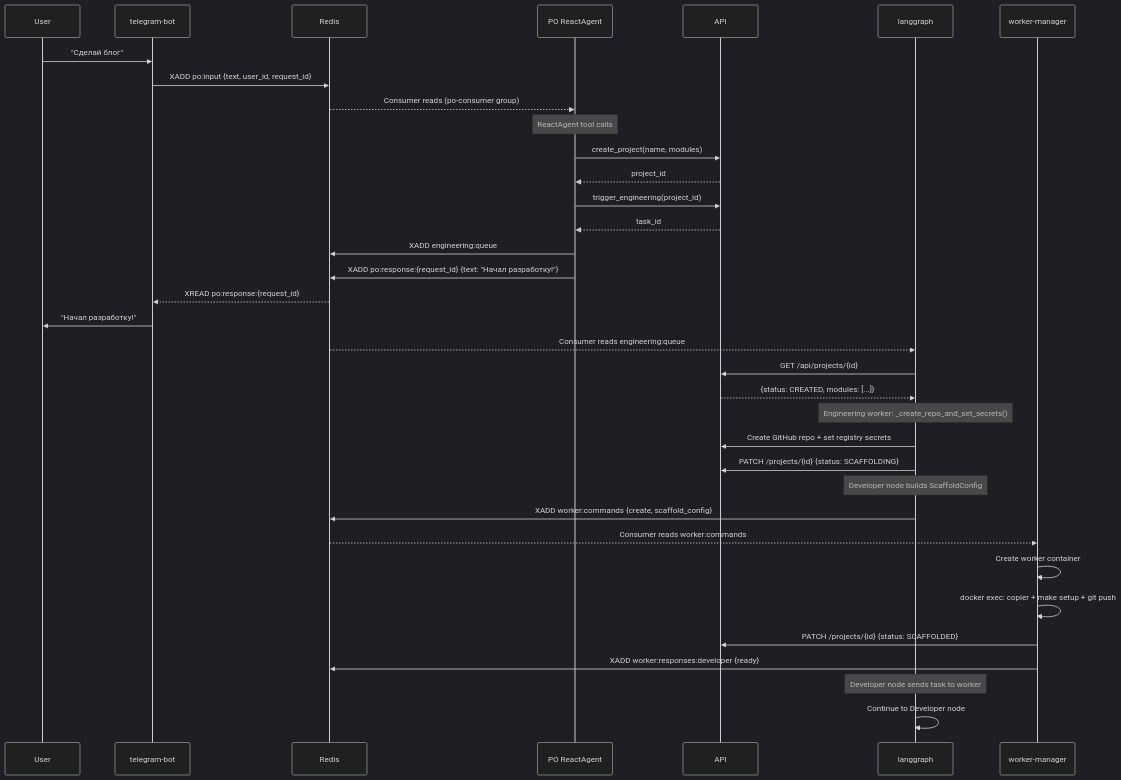
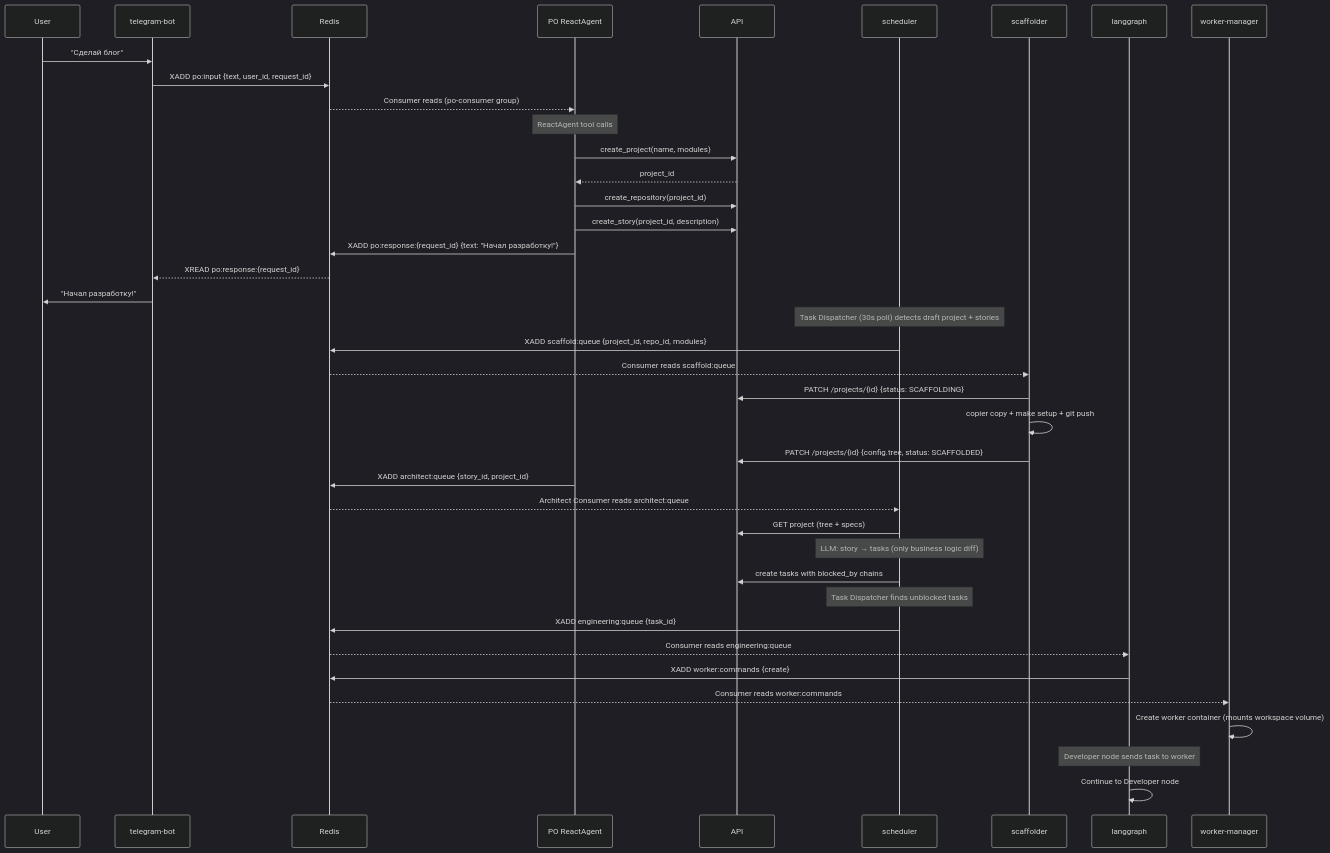
Before and after one commit to vladmesh/codegen_orchestrator: the first of 3 diagrams in docs/CONTRACTS.md, drawn with Mermaid (dark theme). The commit also changed other lines of this file and 13 other files, not shown here.

First line of the commit message:
Architect receives tree + specs, creates tasks for diff (#17)

````diff
--- a/docs/CONTRACTS.md
+++ b/docs/CONTRACTS.md
@@ -134,40 +142,47 @@
 ```mermaid
 sequenceDiagram
     participant User
     participant TG as telegram-bot
     participant Redis
     participant PO as PO ReactAgent
     participant API
+    participant SCH as scheduler
+    participant SCF as scaffolder
     participant LG as langgraph
     participant WM as worker-manager
 
     User->>TG: "Сделай блог"
     TG->>Redis: XADD po:input {text, user_id, request_id}
     Redis-->>PO: Consumer reads (po-consumer group)
 
     Note over PO: ReactAgent tool calls
     PO->>API: create_project(name, modules)
     API-->>PO: project_id
-    PO->>API: trigger_engineering(project_id)
-    API-->>PO: task_id
-    PO->>Redis: XADD engineering:queue
+    PO->>API: create_repository(project_id)
+    PO->>API: create_story(project_id, description)
     PO->>Redis: XADD po:response:{request_id} {text: "Начал разработку!"}
     Redis-->>TG: XREAD po:response:{request_id}
     TG->>User: "Начал разработку!"
 
+    Note over SCH: Task Dispatcher (30s poll) detects draft project + stories
+    SCH->>Redis: XADD scaffold:queue {project_id, repo_id, modules}
+    Redis-->>SCF: Consumer reads scaffold:queue
+    SCF->>API: PATCH /projects/{id} {status: SCAFFOLDING}
+    SCF->>SCF: copier copy + make setup + git push
+    SCF->>API: PATCH /projects/{id} {config.tree, status: SCAFFOLDED}
+
+    PO->>Redis: XADD architect:queue {story_id, project_id}
+    Redis-->>SCH: Architect Consumer reads architect:queue
+    SCH->>API: GET project (tree + specs)
+    Note over SCH: LLM: story → tasks (only business logic diff)
+    SCH->>API: create tasks with blocked_by chains
+
+    Note over SCH: Task Dispatcher finds unblocked tasks
+    SCH->>Redis: XADD engineering:queue {task_id}
     Redis-->>LG: Consumer reads engineering:queue
-    LG->>API: GET /api/projects/{id}
-    API-->>LG: {status: CREATED, modules: [...]}
-    Note over LG: Engineering worker: _create_repo_and_set_secrets()
-    LG->>API: Create GitHub repo + set registry secrets
-    LG->>API: PATCH /projects/{id} {status: SCAFFOLDING}
-    Note over LG: Developer node builds ScaffoldConfig
-    LG->>Redis: XADD worker:commands {create, scaffold_config}
+    LG->>Redis: XADD worker:commands {create}
     Redis-->>WM: Consumer reads worker:commands
-    WM->>WM: Create worker container
-    WM->>WM: docker exec: copier + make setup + git push
-    WM->>API: PATCH /projects/{id} {status: SCAFFOLDED}
-    WM->>Redis: XADD worker:responses:developer {ready}
+    WM->>WM: Create worker container (mounts workspace volume)
     Note over LG: Developer node sends task to worker
     LG->>LG: Continue to Developer node
 ```
````
